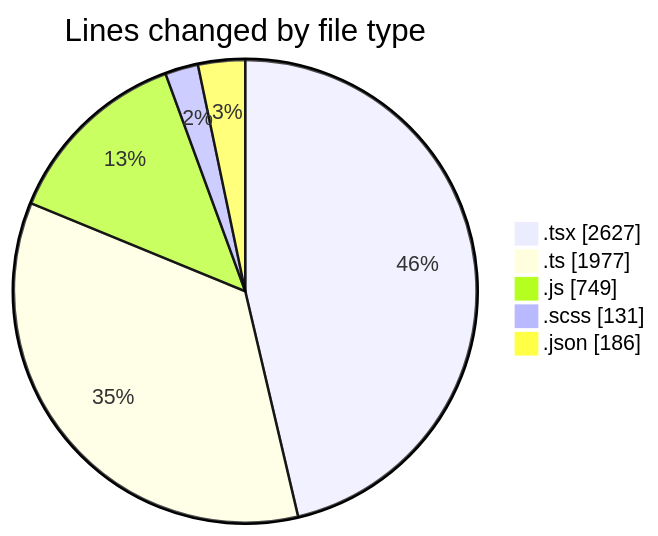
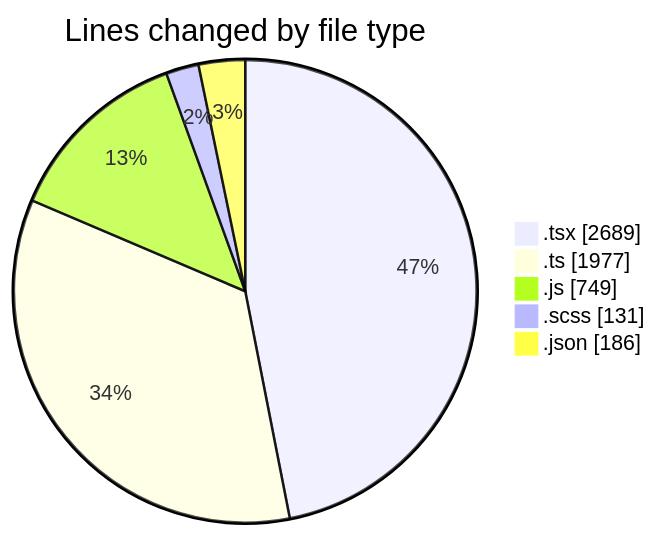
One commit to momahboobian/code-tracking changed the first of 2 diagrams in 2026-06-11/cda/README.md. Above: the diagram before and after it, drawn with Mermaid. The commit also changed other lines of this file and 1 other file, not shown here.

````diff
--- a/2026-06-11/cda/README.md
+++ b/2026-06-11/cda/README.md
@@ -54,9 +54,9 @@
 ```mermaid
 pie showData
 title Lines changed by file type
-".tsx" : 2627
+".tsx" : 2689
 ".ts" : 1977
 ".js" : 749
 ".scss" : 131
 ".json" : 186
 ```
````
